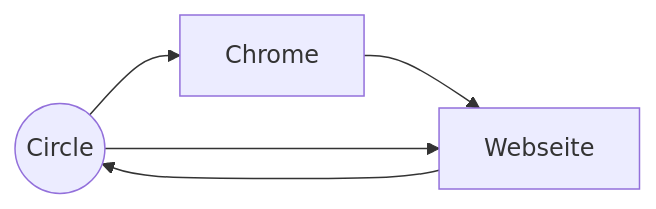
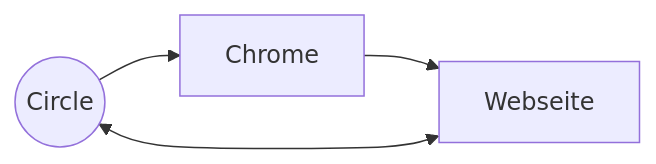
The first of 2 diagrams in README.md (openpims/openpims), drawn with Mermaid before and after one commit.

````diff
--- a/README.md
+++ b/README.md
@@ -8,7 +8,6 @@
 ```mermaid
   graph LR;
       openPIMS((Circle))-->Chrome;
       Chrome-->Webseite;
-      Webseite-->openPIMS;
-      openPIMS-->Webseite;
+      Webseite<-->openPIMS;
 ```
````
